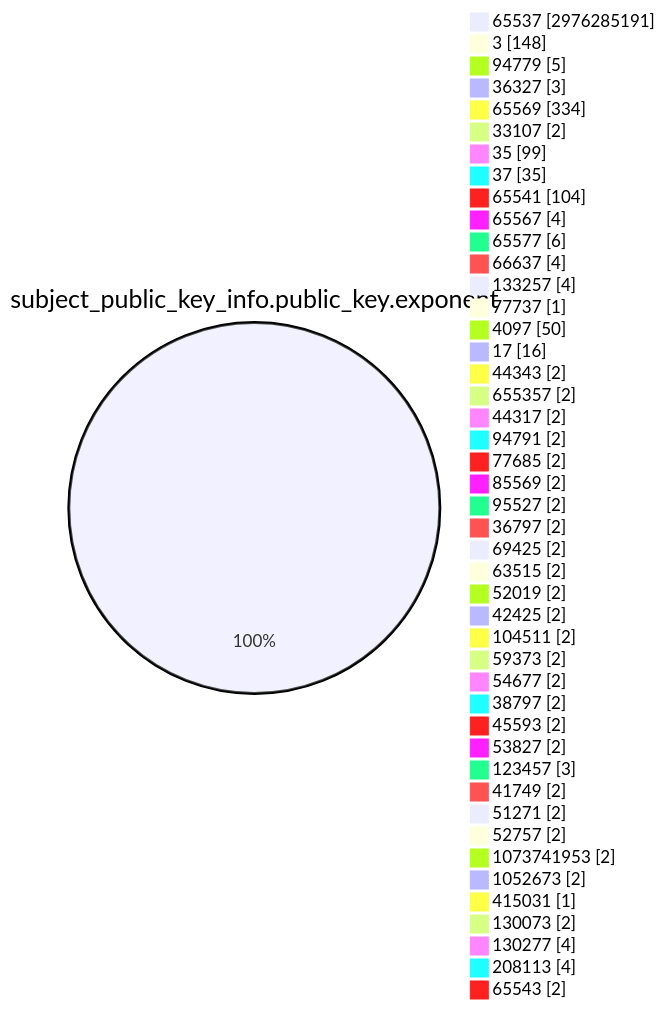
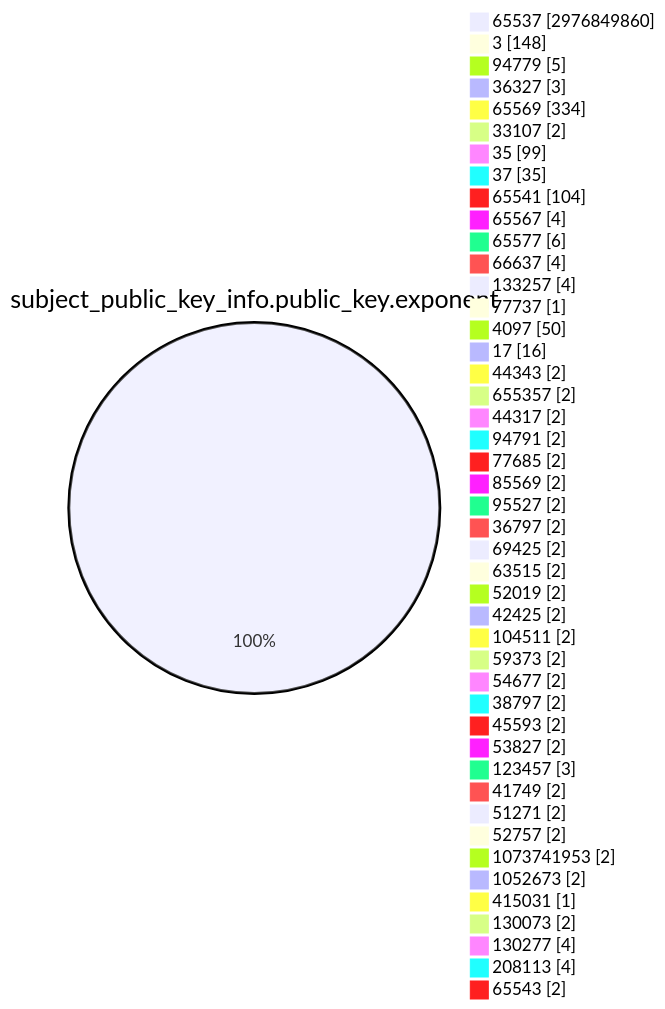
Before and after one commit to christiankrug/ctmonitor_visualization: the fourth of 15 diagrams in TOTAL/README.md, drawn with Mermaid. The commit also changed other lines of this file, not shown here.

````diff
--- a/TOTAL/README.md
+++ b/TOTAL/README.md
@@ -1471,49 +1471,49 @@
 ```mermaid
 pie showData
 title subject_public_key_info.public_key.exponent
-"65537" :2976285191
+"65537" :2976849860
 "3" :148
 "94779" :5
 "36327" :3
 "65569" :334
 "33107" :2
 "35" :99
 "37" :35
 "65541" :104
 "65567" :4
 "65577" :6
 "66637" :4
 "133257" :4
 "77737" :1
 "4097" :50
 "17" :16
 "44343" :2
 "655357" :2
 "44317" :2
 "94791" :2
 "77685" :2
 "85569" :2
 "95527" :2
 "36797" :2
 "69425" :2
 "63515" :2
 "52019" :2
 "42425" :2
 "104511" :2
 "59373" :2
 "54677" :2
 "38797" :2
 "45593" :2
 "53827" :2
 "123457" :3
 "41749" :2
 "51271" :2
 "52757" :2
 "1073741953" :2
 "1052673" :2
 "415031" :1
 "130073" :2
 "130277" :4
 "208113" :4
 "65543" :2
 ```
````
